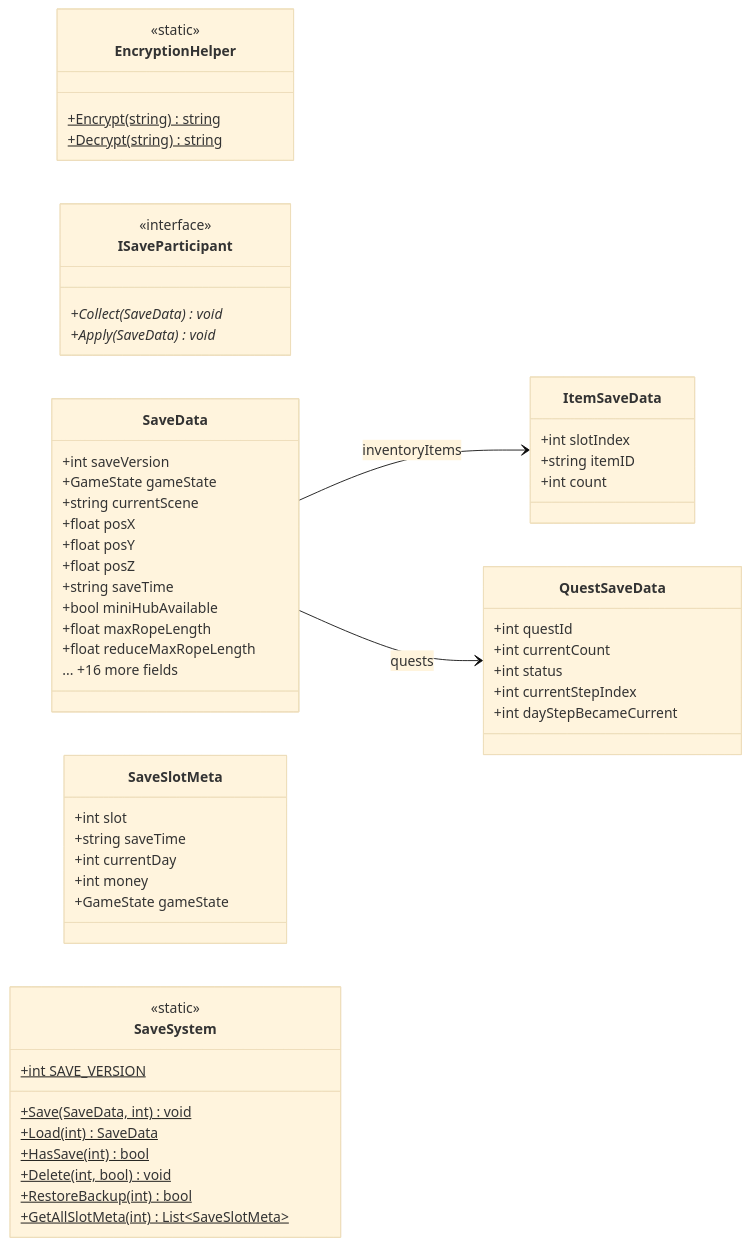
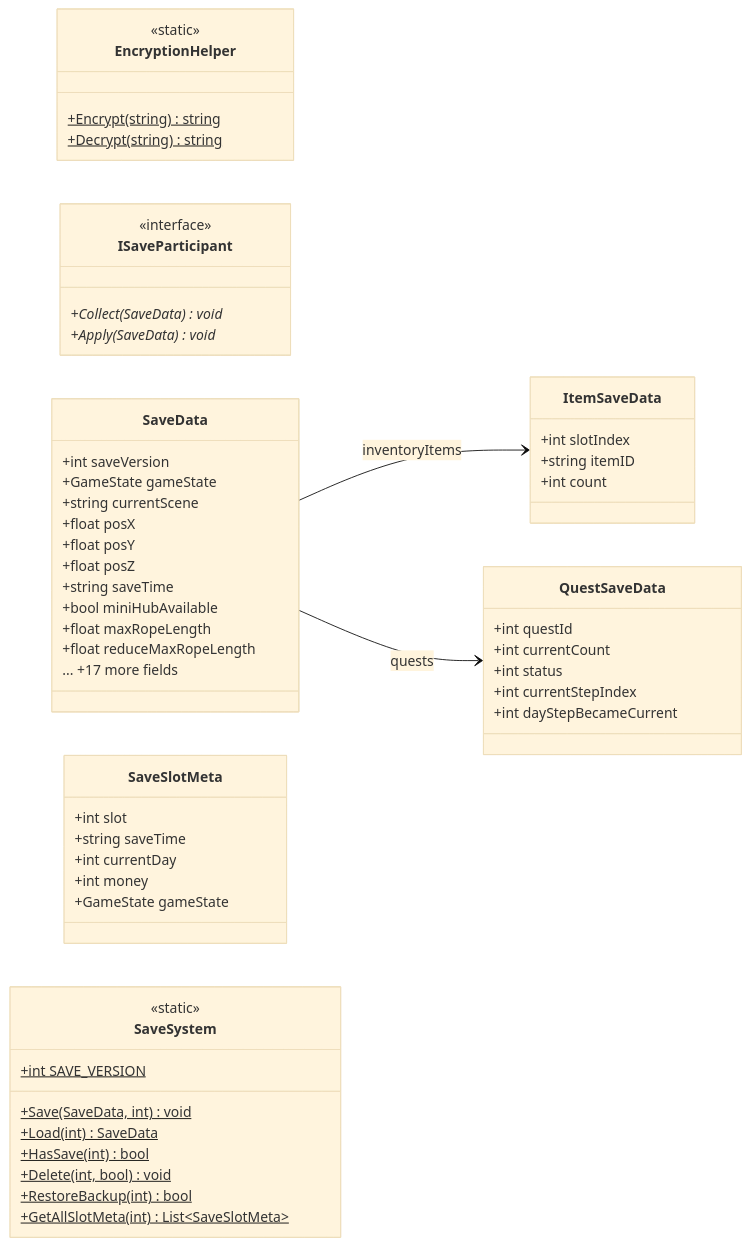
The diagram in docs/uml/modules/Core_Save.md (PhumipatWave/project-ocean), drawn with Mermaid (base theme) before and after one commit. The commit also changed other lines of this file and 81 other files, not shown here.

````diff
--- a/docs/uml/modules/Core_Save.md
+++ b/docs/uml/modules/Core_Save.md
@@ -7,58 +7,58 @@
 ```mermaid
 classDiagram
   direction LR
   class EncryptionHelper {
     <<static>>
     +Encrypt(string)$ string
     +Decrypt(string)$ string
   }
   class ISaveParticipant {
     <<interface>>
     +Collect(SaveData)* void
     +Apply(SaveData)* void
   }
   class SaveData {
     +int saveVersion
     +GameState gameState
     +string currentScene
     +float posX
     +float posY
     +float posZ
     +string saveTime
     +bool miniHubAvailable
     +float maxRopeLength
     +float reduceMaxRopeLength
-    ... +16 more fields
+    ... +17 more fields
   }
   class ItemSaveData {
     +int slotIndex
     +string itemID
     +int count
   }
   class QuestSaveData {
     +int questId
     +int currentCount
     +int status
     +int currentStepIndex
     +int dayStepBecameCurrent
   }
   class SaveSlotMeta {
     +int slot
     +string saveTime
     +int currentDay
     +int money
     +GameState gameState
   }
   class SaveSystem {
     <<static>>
     +int SAVE_VERSION$
     +Save(SaveData, int)$ void
     +Load(int)$ SaveData
     +HasSave(int)$ bool
     +Delete(int, bool)$ void
     +RestoreBackup(int)$ bool
     +GetAllSlotMeta(int)$ List~SaveSlotMeta~
   }
   SaveData --> ItemSaveData : inventoryItems
   SaveData --> QuestSaveData : quests
 ```
````
